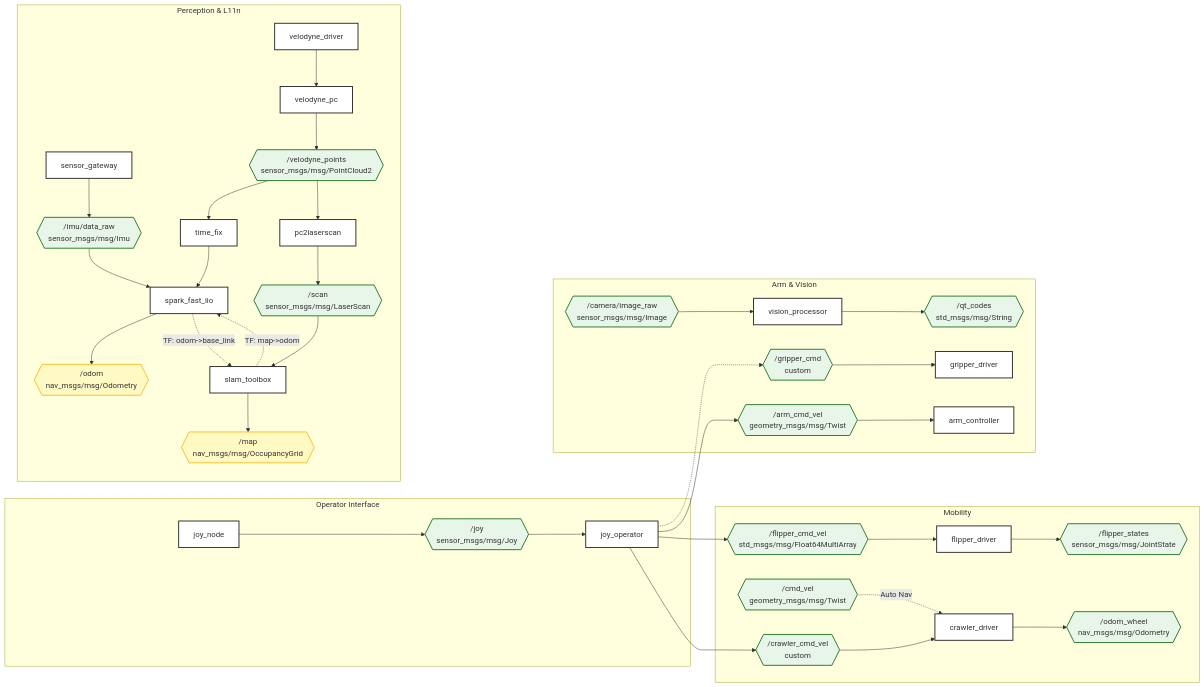
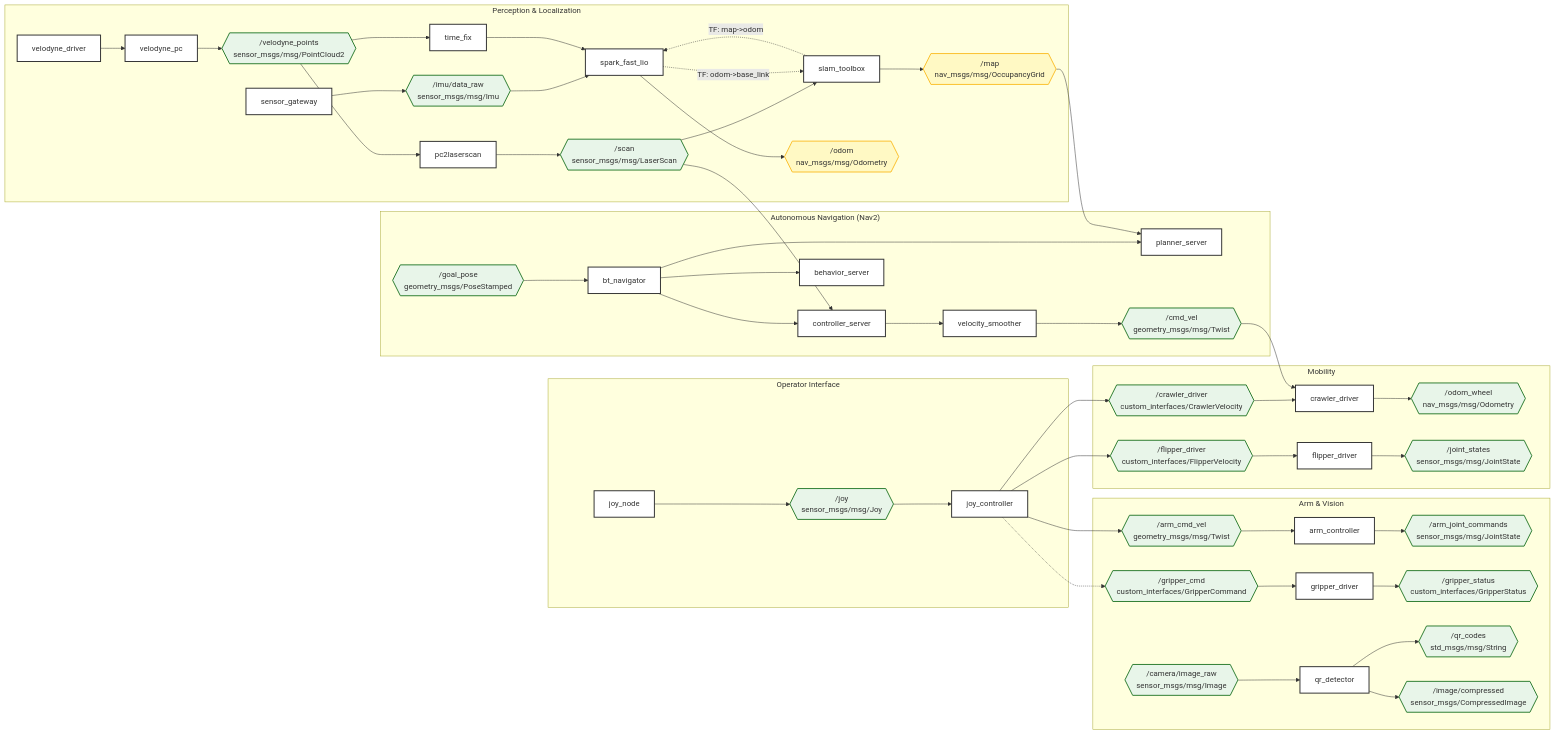
The diagram in main_ws/topology/system_topology.mmd (lazytatzv/rustacean_roborescue), drawn with Mermaid before and after one commit. The commit also changed 75 other files, not shown here.

```diff
--- a/main_ws/topology/system_topology.mmd
+++ b/main_ws/topology/system_topology.mmd
@@ -1,77 +1,101 @@
 graph LR
   %% -------------------------------------
   %% Styles
   %% -------------------------------------
   classDef node_style fill:#fff,stroke:#333,stroke-width:2px;
   classDef topic_style fill:#e8f5e9,stroke:#2e7d32,stroke-width:2px;
   classDef tf_style fill:#fff9c4,stroke:#fbc02d,stroke-width:2px;
 
   %% -------------------------------------
   %% Subgraphs for Logical Grouping
   %% -------------------------------------
   subgraph Operator["Operator Interface"]
     joy[joy_node]:::node_style
-    op[joy_operator]:::node_style
+    op[joy_controller]:::node_style
     T_joy{{/joy<br/>sensor_msgs/msg/Joy}}:::topic_style
-    
+
     joy --> T_joy --> op
   end
 
   subgraph Mobility["Mobility"]
     crawler[crawler_driver]:::node_style
     flipper[flipper_driver]:::node_style
-    
-    T_c_cmd{{/crawler_cmd_vel<br/>custom}}:::topic_style
-    T_cmd_vel{{/cmd_vel<br/>geometry_msgs/msg/Twist}}:::topic_style
-    T_f_cmd{{/flipper_cmd_vel<br/>std_msgs/msg/Float64MultiArray}}:::topic_style
+
+    T_c_cmd{{/crawler_driver<br/>custom_interfaces/CrawlerVelocity}}:::topic_style
+    T_f_cmd{{/flipper_driver<br/>custom_interfaces/FlipperVelocity}}:::topic_style
     T_odom_w{{/odom_wheel<br/>nav_msgs/msg/Odometry}}:::topic_style
-    T_f_state{{/flipper_states<br/>sensor_msgs/msg/JointState}}:::topic_style
+    T_f_state{{/joint_states<br/>sensor_msgs/msg/JointState}}:::topic_style
 
     op --> T_c_cmd --> crawler
-    T_cmd_vel -.->|Auto Nav| crawler
     op --> T_f_cmd --> flipper
     crawler --> T_odom_w
     flipper --> T_f_state
   end
 
   subgraph Arm_Vision["Arm & Vision"]
     arm[arm_controller]:::node_style
     gripper[gripper_driver]:::node_style
-    vision[vision_processor]:::node_style
-    
+    qr[qr_detector]:::node_style
+
     T_a_cmd{{/arm_cmd_vel<br/>geometry_msgs/msg/Twist}}:::topic_style
-    T_g_cmd{{/gripper_cmd<br/>custom}}:::topic_style
+    T_a_joint{{/arm_joint_commands<br/>sensor_msgs/msg/JointState}}:::topic_style
+    T_g_cmd{{/gripper_cmd<br/>custom_interfaces/GripperCommand}}:::topic_style
+    T_g_status{{/gripper_status<br/>custom_interfaces/GripperStatus}}:::topic_style
     T_cam{{/camera/image_raw<br/>sensor_msgs/msg/Image}}:::topic_style
-    T_qr{{/qt_codes<br/>std_msgs/msg/String}}:::topic_style
+    T_qr{{/qr_codes<br/>std_msgs/msg/String}}:::topic_style
+    T_img_c{{/image/compressed<br/>sensor_msgs/CompressedImage}}:::topic_style
 
     op --> T_a_cmd --> arm
+    arm --> T_a_joint
     op -.-> T_g_cmd --> gripper
-    T_cam --> vision
-    vision --> T_qr
+    gripper --> T_g_status
+    T_cam --> qr
+    qr --> T_qr
+    qr --> T_img_c
   end
 
-  subgraph Perception["Perception & L11n"]
+  subgraph Perception["Perception & Localization"]
     gateway[sensor_gateway]:::node_style
     v_driver[velodyne_driver]:::node_style
     v_pc[velodyne_pc]:::node_style
     time_fix[time_fix]:::node_style
     spark_lio[spark_fast_lio]:::node_style
     pc2ls[pc2laserscan]:::node_style
     slam[slam_toolbox]:::node_style
 
     T_imu{{/imu/data_raw<br/>sensor_msgs/msg/Imu}}:::topic_style
     T_raw{{/velodyne_points<br/>sensor_msgs/msg/PointCloud2}}:::topic_style
     T_scan{{/scan<br/>sensor_msgs/msg/LaserScan}}:::topic_style
     T_odom{{/odom<br/>nav_msgs/msg/Odometry}}:::tf_style
     T_map{{/map<br/>nav_msgs/msg/OccupancyGrid}}:::tf_style
 
     gateway --> T_imu --> spark_lio
     v_driver --> v_pc --> T_raw
     T_raw --> time_fix --> spark_lio
     T_raw --> pc2ls --> T_scan --> slam
-    
+
     spark_lio --> T_odom
     spark_lio -.->|TF: odom->base_link| slam
     slam -.->|TF: map->odom| spark_lio
     slam --> T_map
   end
+
+  subgraph Navigation["Autonomous Navigation (Nav2)"]
+    bt[bt_navigator]:::node_style
+    planner[planner_server]:::node_style
+    controller[controller_server]:::node_style
+    behavior[behavior_server]:::node_style
+    smoother[velocity_smoother]:::node_style
+
+    T_goal{{/goal_pose<br/>geometry_msgs/PoseStamped}}:::topic_style
+    T_cmd_vel{{/cmd_vel<br/>geometry_msgs/msg/Twist}}:::topic_style
+
+    T_goal --> bt
+    bt --> planner
+    bt --> controller
+    bt --> behavior
+    controller --> smoother --> T_cmd_vel --> crawler
+
+    T_map --> planner
+    T_scan --> controller
+  end
```
